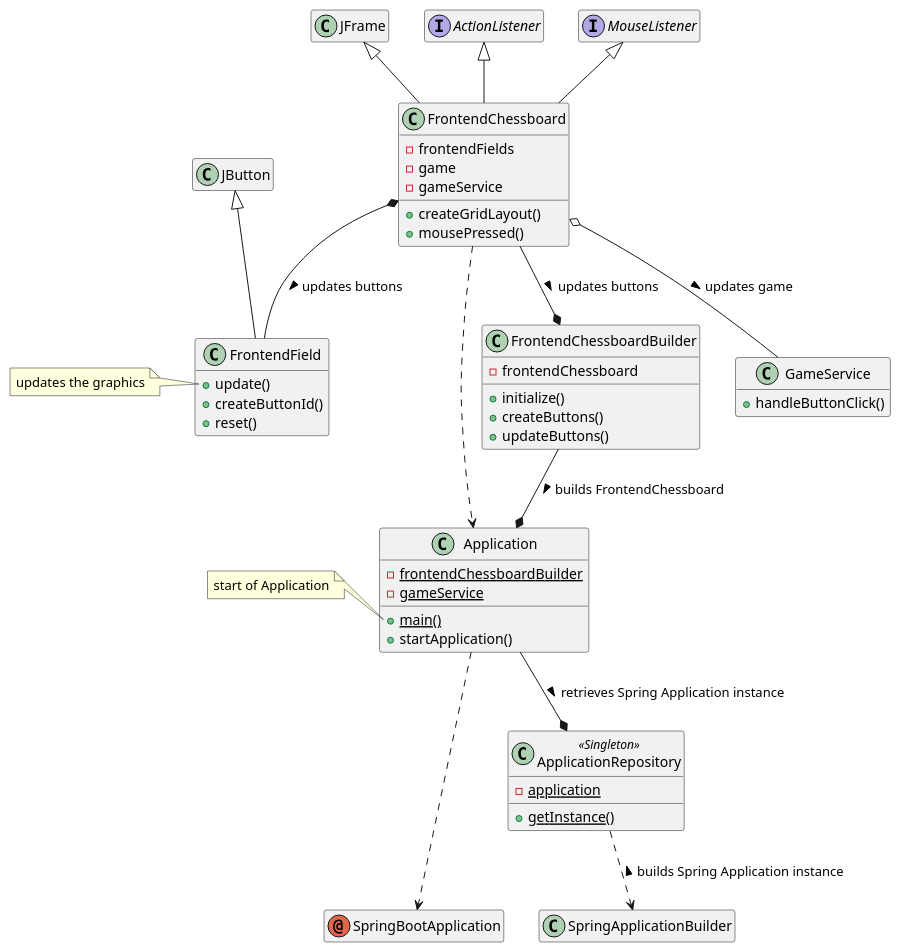
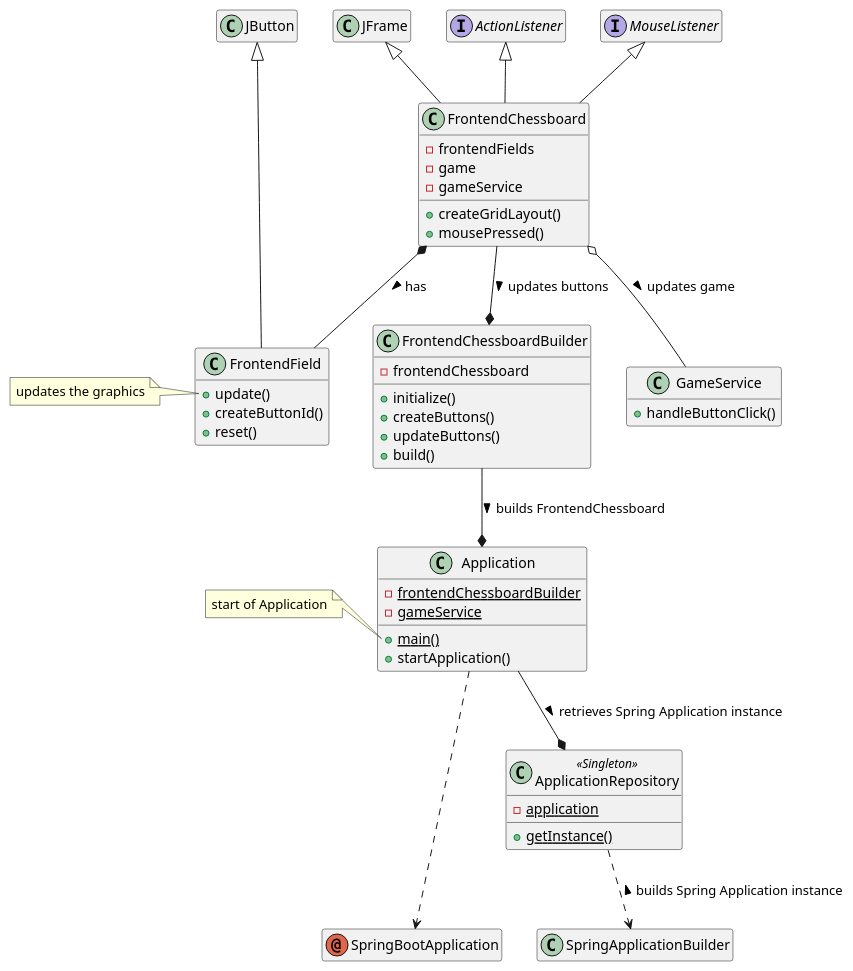
The diagram in frontend/src/main/resources/uml/frontend.puml (tiktaalick/chess-with-database), drawn with PlantUML before and after one commit.

Commit message:
* Updated PlantUML class diagram describing the frontend.

```diff
--- a/frontend/src/main/resources/uml/frontend.puml
+++ b/frontend/src/main/resources/uml/frontend.puml
@@ -1,85 +1,85 @@
 @startuml
+
+'--------------'
+'Hidden members'
+'--------------'
+hide empty members
 
 '-----------'
 'Annotations'
 '-----------'
 annotation SpringBootApplication
 
 '-----------'
 'Application'
 '-----------'
 class SpringApplicationBuilder
 class ApplicationRepository <<Singleton>> {
     - {static} application
     + {static} getInstance()
 }
 
 class Application {
     - {static} frontendChessboardBuilder
     - {static} gameService
     + {static} main()
     + startApplication()
 }
 
 '-----'
 'Swing'
 '-----'
 class JFrame{}
 class JButton{}
 interface ActionListener{}
 interface MouseListener{}
 
 class FrontendChessboard{
     - frontendFields
     - game
     - gameService
     + createGridLayout()
     + mousePressed()
 }
 class FrontendChessboardBuilder {
     - frontendChessboard
     + initialize()
     + createButtons()
     + updateButtons()
+    + build()
 }
 class FrontendField {
     + update()
     + createButtonId()
     + reset()
 }
 class GameService {
     + handleButtonClick()
 }
 
 '---------'
 'Relations'
 '---------'
 JFrame <|-- FrontendChessboard
-JButton <|-- FrontendField
+JButton <|--- FrontendField
 ActionListener <|-- FrontendChessboard
 MouseListener <|-- FrontendChessboard
 FrontendChessboard o-- GameService : updates game >
 FrontendChessboard --* FrontendChessboardBuilder : updates buttons >
-FrontendChessboard ..> Application
-FrontendChessboard *-- FrontendField : updates buttons >
+FrontendChessboard *-- FrontendField : has >
 FrontendChessboardBuilder --* Application : builds FrontendChessboard >
 Application ...> SpringBootApplication
 Application --* ApplicationRepository : retrieves Spring Application instance >
 ApplicationRepository ..> SpringApplicationBuilder : < builds Spring Application instance
-
-'--------------'
-'Hidden members'
-'--------------'
-hide empty members
 
 '-----'
 'Notes'
 '-----'
 note left of Application::main
     start of Application
 end note
 note left of FrontendField::update
     updates the graphics
 end note
 
 @enduml
```
